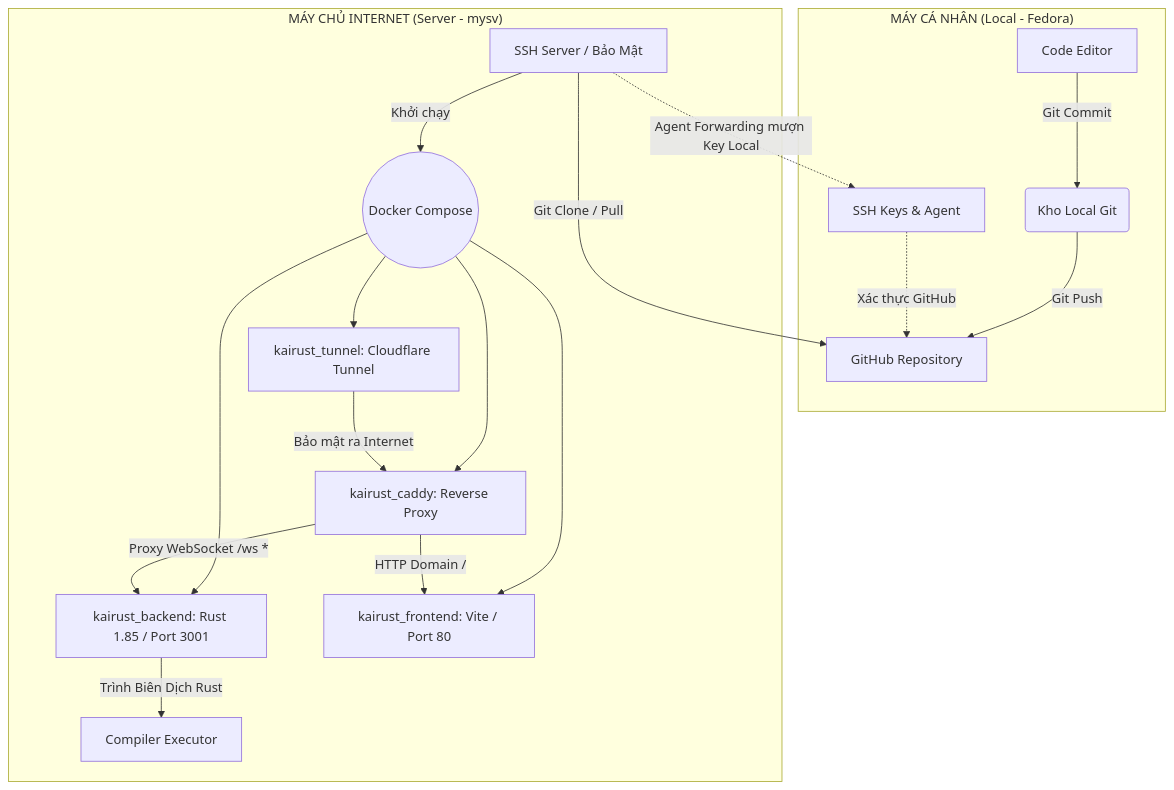
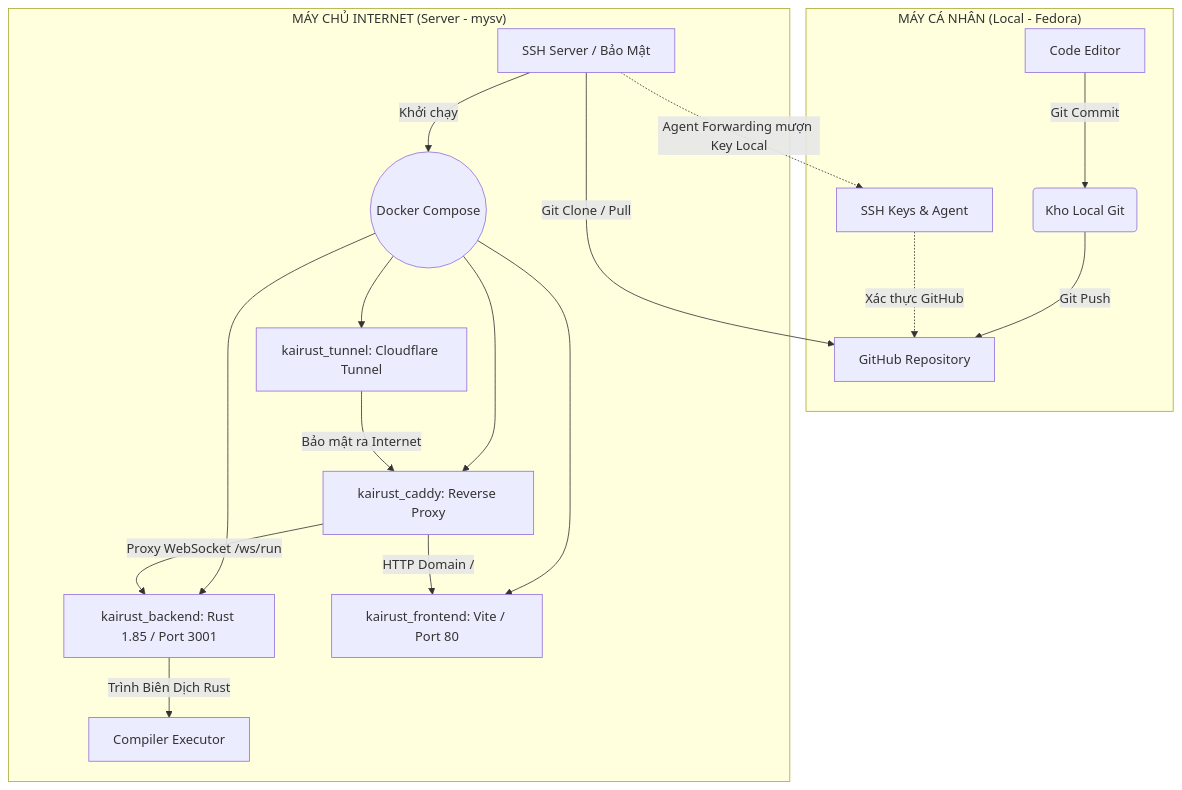
Before and after one commit to HiImKaii/KaiRust: the diagram in README.md, drawn with Mermaid. The commit also changed other lines of this file, not shown here.

````diff
--- a/README.md
+++ b/README.md
@@ -5,23 +5,23 @@
 ```mermaid
 graph TD
     subgraph "MÁY CÁ NHÂN (Local - Fedora)"
         A[Code Editor] -->|Git Commit| B(Kho Local Git)
         B -->|Git Push| C[GitHub Repository]
         D[SSH Keys & Agent] -.->|Xác thực GitHub| C
     end
 
     subgraph "MÁY CHỦ INTERNET (Server - mysv)"
         E[SSH Server / Bảo Mật] -.->|Agent Forwarding mượn Key Local| D
         E -->|Git Clone / Pull| C
         E -->|Khởi chạy| F((Docker Compose))
         F --> G[kairust_tunnel: Cloudflare Tunnel]
         F --> H[kairust_caddy: Reverse Proxy]
         F --> I[kairust_backend: Rust 1.85 / Port 3001]
         F --> J[kairust_frontend: Vite / Port 80]
 
         G -->|Bảo mật ra Internet| H
         H -->|HTTP Domain /| J
-        H -->|Proxy WebSocket /ws *| I
+        H -->|Proxy WebSocket /ws/run| I
         I -->|Trình Biên Dịch Rust| K[Compiler Executor]
     end
 ```
````
